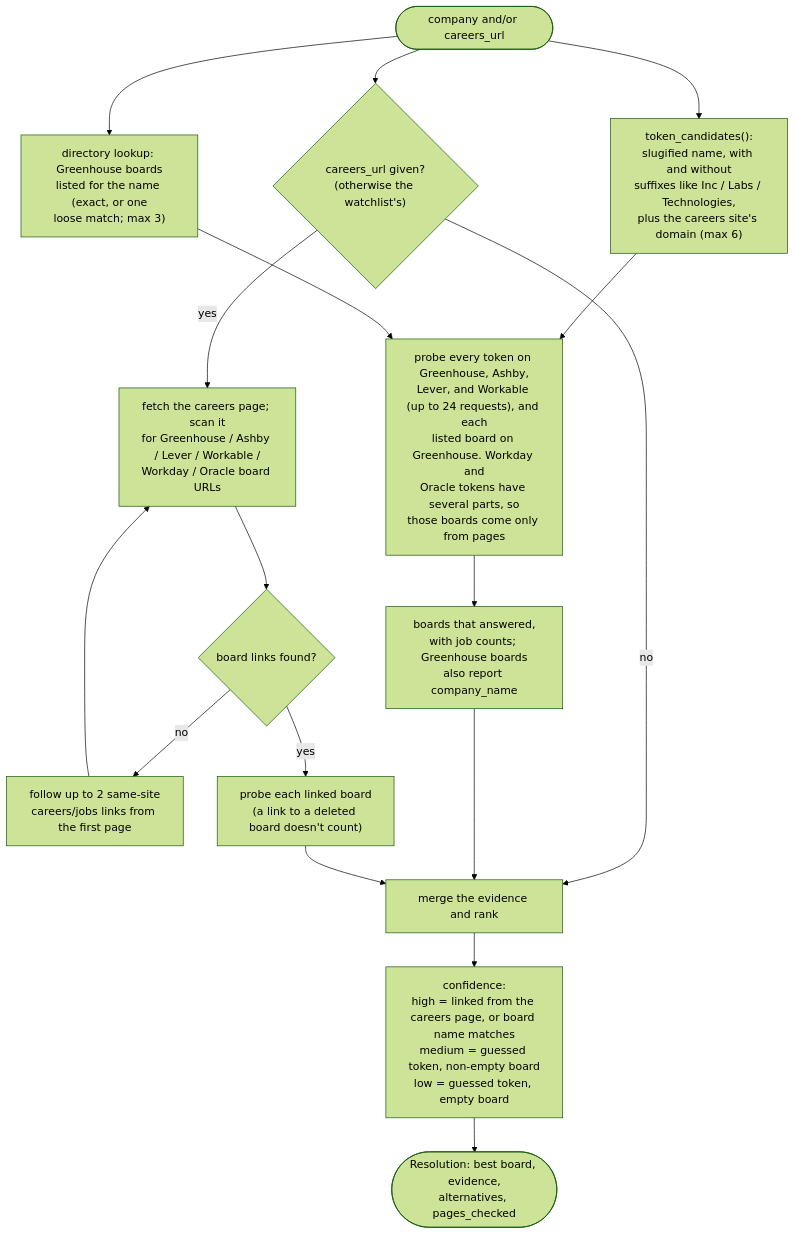
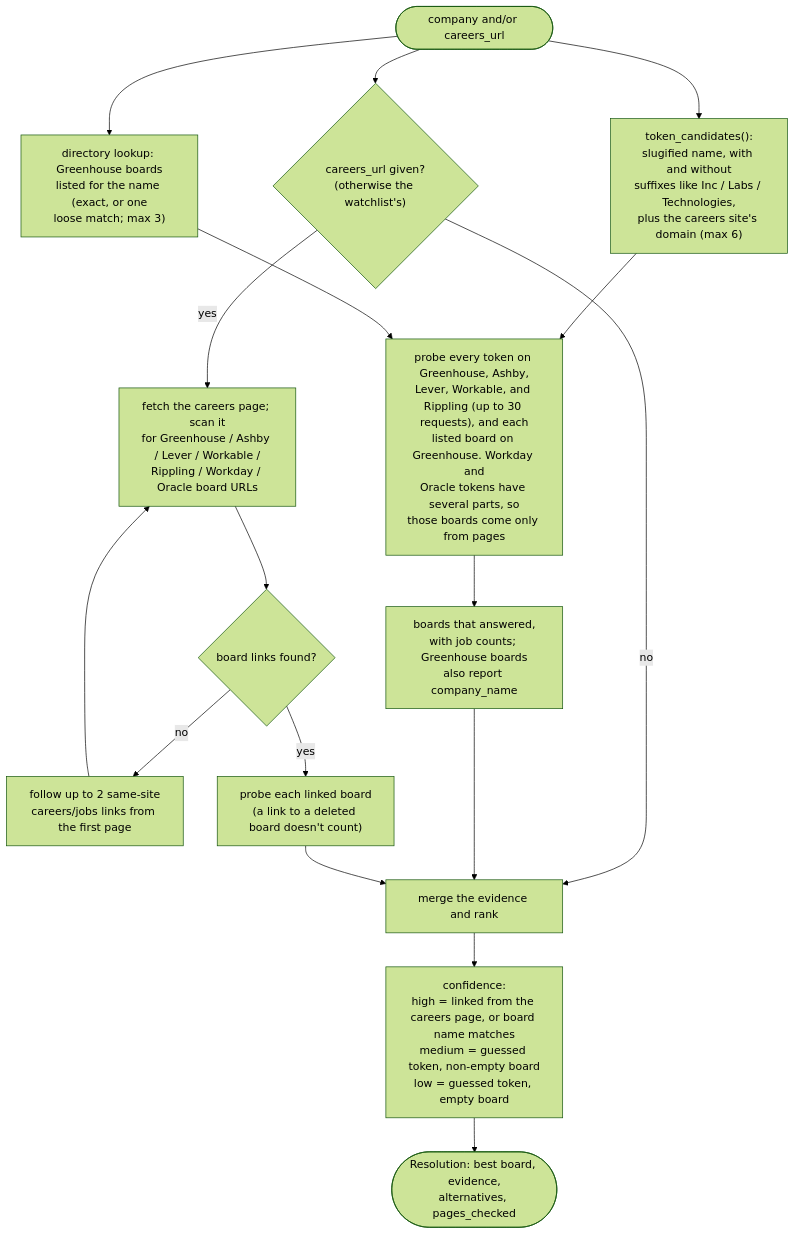
One commit to HakujouRyu/jobboard-mcp changed the fifth of 7 diagrams in docs/architecture.md. Above: the diagram before and after it, drawn with Mermaid (forest theme). The commit also changed other lines of this file and 25 other files, not shown here.

````diff
--- a/docs/architecture.md
+++ b/docs/architecture.md
@@ -270,21 +272,21 @@
 ```mermaid
 flowchart TD
     in(["company and/or careers_url"]) --> tokens["token_candidates():<br/>slugified name, with and without<br/>suffixes like Inc / Labs / Technologies,<br/>plus the careers site's domain (max 6)"]
     in --> page{"careers_url given?<br/>(otherwise the watchlist's)"}
     in --> listed["directory lookup: Greenhouse boards<br/>listed for the name (exact, or one<br/>loose match; max 3)"]
 
-    tokens --> probe["probe every token on Greenhouse, Ashby,<br/>Lever, and Workable (up to 24 requests), and each<br/>listed board on Greenhouse. Workday and<br/>Oracle tokens have several parts, so<br/>those boards come only from pages"]
+    tokens --> probe["probe every token on Greenhouse, Ashby,<br/>Lever, Workable, and Rippling (up to 30 requests), and each<br/>listed board on Greenhouse. Workday and<br/>Oracle tokens have several parts, so<br/>those boards come only from pages"]
     listed --> probe
     probe --> answered["boards that answered,<br/>with job counts; Greenhouse boards<br/>also report company_name"]
 
-    page -- yes --> scan["fetch the careers page; scan it<br/>for Greenhouse / Ashby / Lever / Workable /<br/>Workday / Oracle board URLs"]
+    page -- yes --> scan["fetch the careers page; scan it<br/>for Greenhouse / Ashby / Lever / Workable /<br/>Rippling / Workday / Oracle board URLs"]
     scan --> refs{"board links found?"}
     refs -- no --> follow["follow up to 2 same-site<br/>careers/jobs links from the first page"] --> scan
     refs -- yes --> verify["probe each linked board<br/>(a link to a deleted board doesn't count)"]
     page -- no --> merge
 
     answered --> merge["merge the evidence and rank"]
     verify --> merge
     merge --> conf["confidence:<br/>high = linked from the careers page, or board name matches<br/>medium = guessed token, non-empty board<br/>low = guessed token, empty board"]
     conf --> out(["Resolution: best board, evidence,<br/>alternatives, pages_checked"])
 ```
````
